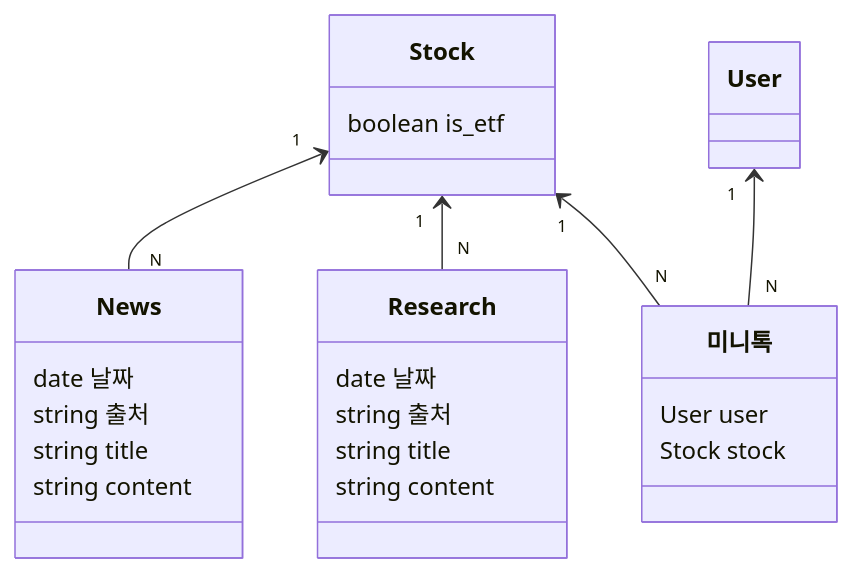
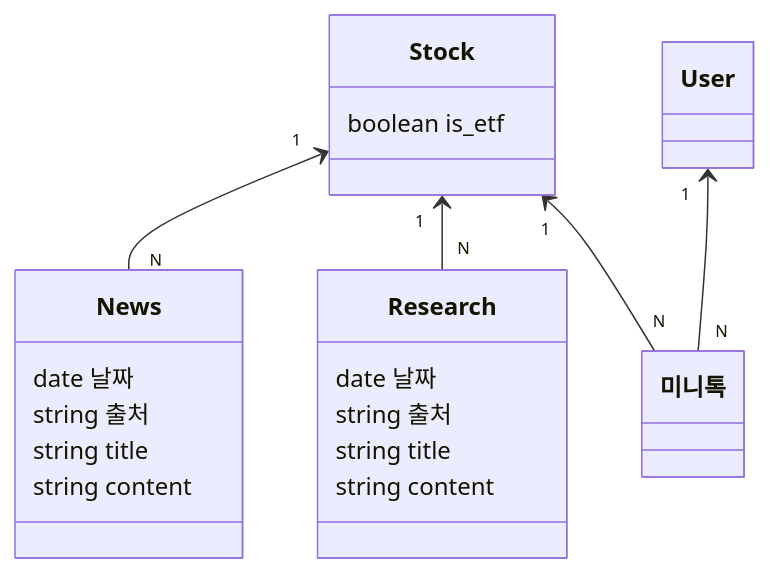
One commit to ony3000/my-stock changed the third of 3 diagrams in backend/diagram.md. Above: the diagram before and after it, drawn with Mermaid. The commit also changed other lines of this file, not shown here.

````diff
--- a/backend/diagram.md
+++ b/backend/diagram.md
@@ -166,29 +146,27 @@
 ```mermaid
 classDiagram
   class Stock {
     boolean is_etf
   }
 
   class News {
     date 날짜
     string 출처
     string title
     string content
   }
   Stock "1" <-- "N" News
 
   class Research {
     date 날짜
     string 출처
     string title
     string content
   }
   Stock "1" <-- "N" Research
 
   class 미니톡 {
-    User user
-    Stock stock
   }
   User "1" <-- "N" 미니톡
   Stock "1" <-- "N" 미니톡
 ```
````
